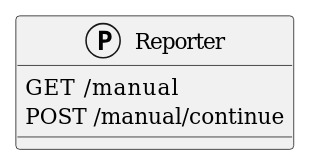
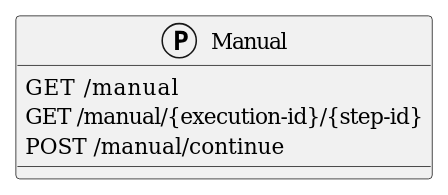
One commit to COSSAS/SOARCA changed the first of 4 diagrams in docs/content/en/docs/core-components/api-manual.md. Above: the diagram before and after it, drawn with PlantUML. The commit also changed other lines of this file and 17 other files, not shown here.

Commit message:
Feature/272 manual step api implementation (#275)

````diff
--- a/docs/content/en/docs/core-components/api-manual.md
+++ b/docs/content/en/docs/core-components/api-manual.md
@@ -16,8 +16,9 @@
 ```plantuml
 @startuml
-protocol Reporter {
+protocol Manual {
     GET     /manual
+    GET     /manual/{execution-id}/{step-id}
     POST    /manual/continue
 }
 @enduml
 ```
````
